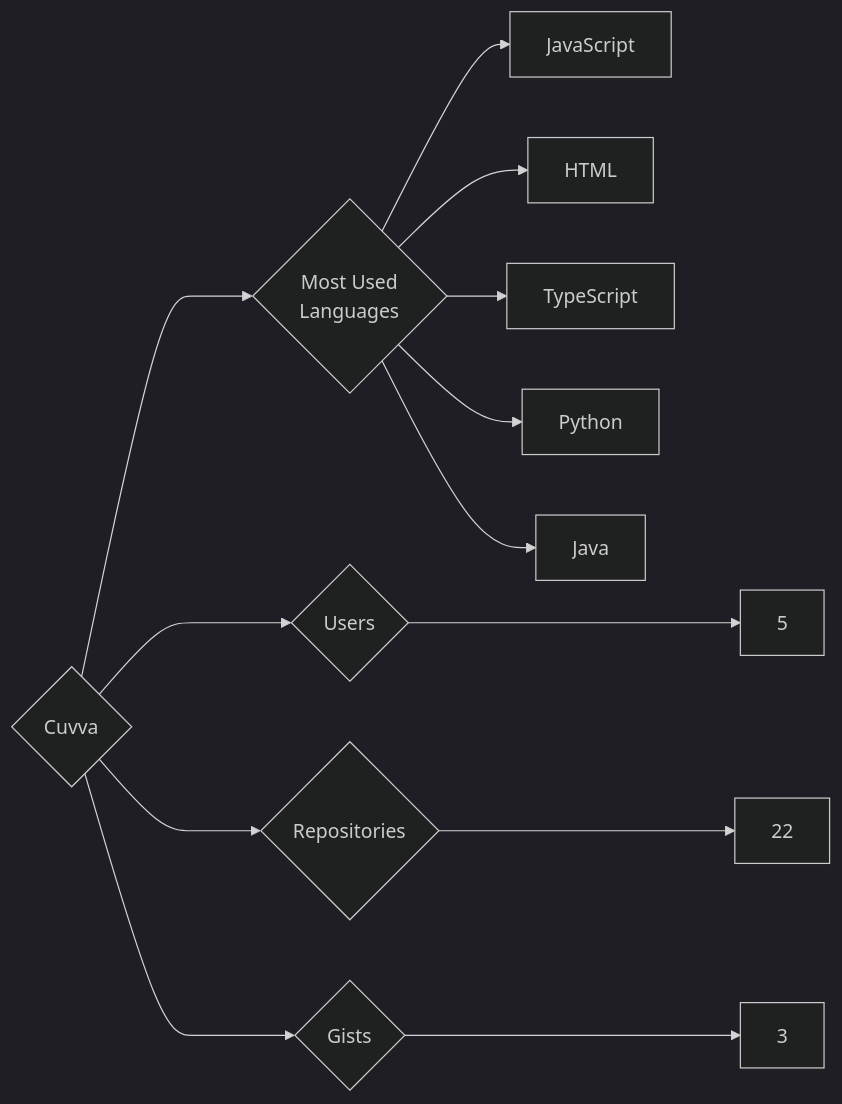
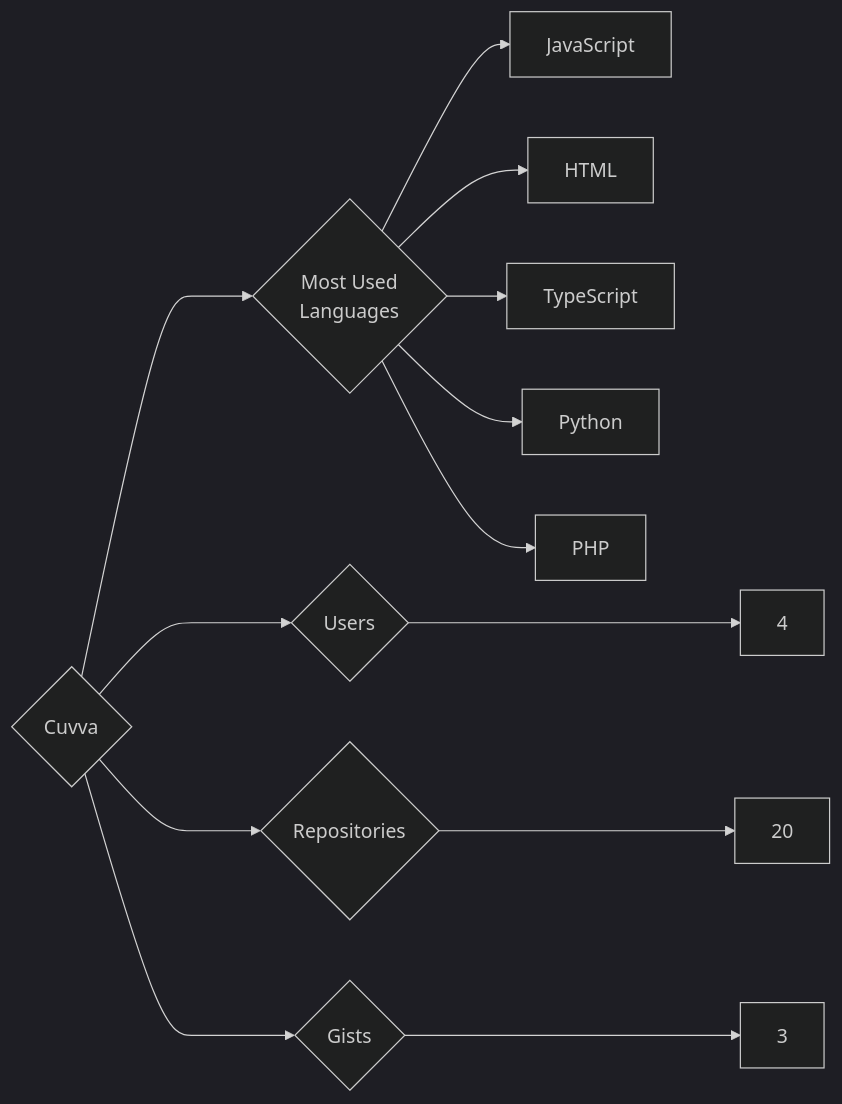
One commit to trickest/insiders changed the diagram in targets/Cuvva/README.md. Above: the diagram before and after it, drawn with Mermaid (dark theme). The commit also changed 724 other files, not shown here.

````diff
--- a/targets/Cuvva/README.md
+++ b/targets/Cuvva/README.md
@@ -3,13 +3,13 @@
 ```mermaid
 graph LR
 COMPANY_NAME{Cuvva}
-COMPANY_NAME ---> U{Users} ---> UN[5]
-COMPANY_NAME ---> R{Repositories} ---> RN[22]
+COMPANY_NAME ---> U{Users} ---> UN[4]
+COMPANY_NAME ---> R{Repositories} ---> RN[20]
 COMPANY_NAME ---> G{Gists} ---> GN[3]
 COMPANY_NAME ---> ML{Most Used<br>Languages}
 ML --> JavaScript[JavaScript]
 ML --> HTML[HTML]
 ML --> TypeScript[TypeScript]
 ML --> Python[Python]
-ML --> Java[Java]
+ML --> PHP[PHP]
 ```
````
